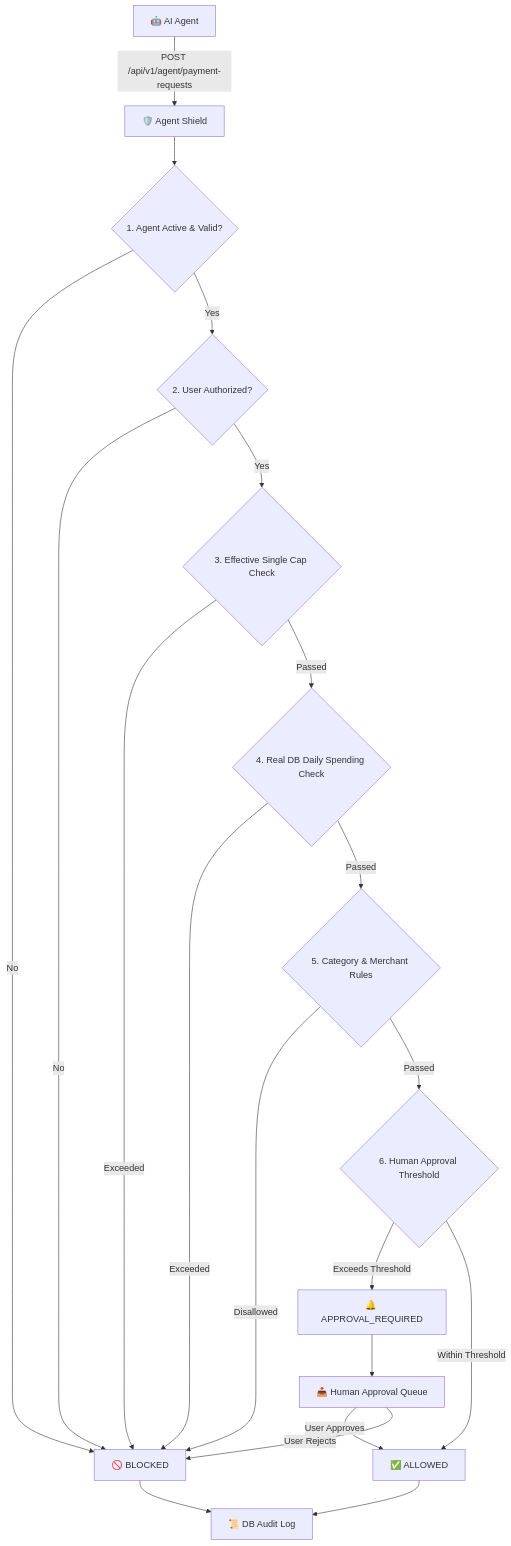
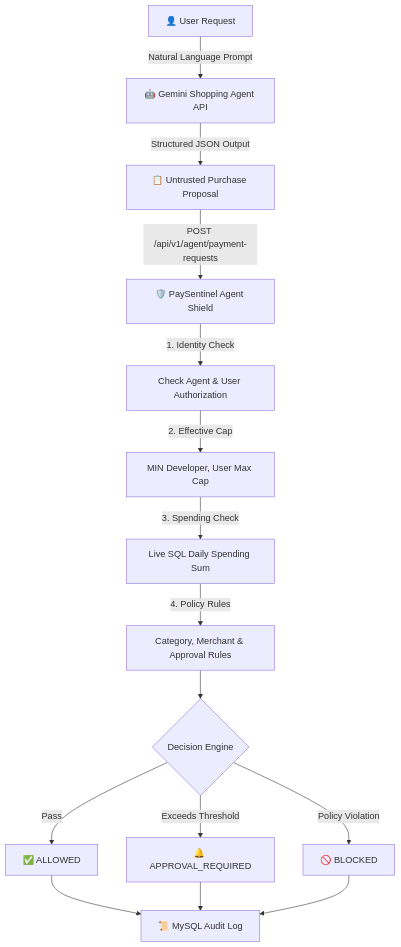
One commit to jaisondavid-m/PaySentinel changed the diagram in README.md. Above: the diagram before and after it, drawn with Mermaid. The commit also changed other lines of this file and 7 other files, not shown here.

Commit message:
added ai agent for real stimulation

````diff
--- a/README.md
+++ b/README.md
@@ -50,24 +34,20 @@
 ```mermaid
 flowchart TD
-    A[🤖 AI Agent] -->|POST /api/v1/agent/payment-requests| B[🛡️ Agent Shield]
-    B --> C{1. Agent Active & Valid?}
-    C -->|No| J[🚫 BLOCKED]
-    C -->|Yes| D{2. User Authorized?}
-    D -->|No| J
-    D -->|Yes| E{3. Effective Single Cap Check}
-    E -->|Exceeded| J
-    E -->|Passed| F{4. Real DB Daily Spending Check}
-    F -->|Exceeded| J
-    F -->|Passed| G{5. Category & Merchant Rules}
-    G -->|Disallowed| J
-    G -->|Passed| H{6. Human Approval Threshold}
-    H -->|Exceeds Threshold| I[🔔 APPROVAL_REQUIRED]
-    H -->|Within Threshold| K[✅ ALLOWED]
+    User[👤 User Request] -->|Natural Language Prompt| Gemini[🤖 Gemini Shopping Agent API]
+    Gemini -->|Structured JSON Output| Proposal[📋 Untrusted Purchase Proposal]
+    Proposal -->|POST /api/v1/agent/payment-requests| Shield[🛡️ PaySentinel Agent Shield]
     
-    I --> L[📥 Human Approval Queue]
-    L -->|User Approves| K
-    L -->|User Rejects| J
+    Shield -->|1. Identity Check| Auth[Check Agent & User Authorization]
+    Auth -->|2. Effective Cap| Cap[MIN Developer, User Max Cap]
+    Cap -->|3. Spending Check| Spend[Live SQL Daily Spending Sum]
+    Spend -->|4. Policy Rules| Rules[Category, Merchant & Approval Rules]
     
-    K --> M[📜 DB Audit Log]
-    J --> M
+    Rules --> Decision{Decision Engine}
+    Decision -->|Pass| Allowed[✅ ALLOWED]
+    Decision -->|Exceeds Threshold| Approval[🔔 APPROVAL_REQUIRED]
+    Decision -->|Policy Violation| Blocked[🚫 BLOCKED]
+    
+    Allowed --> Audit[📜 MySQL Audit Log]
+    Approval --> Audit
+    Blocked --> Audit
 ```
````
